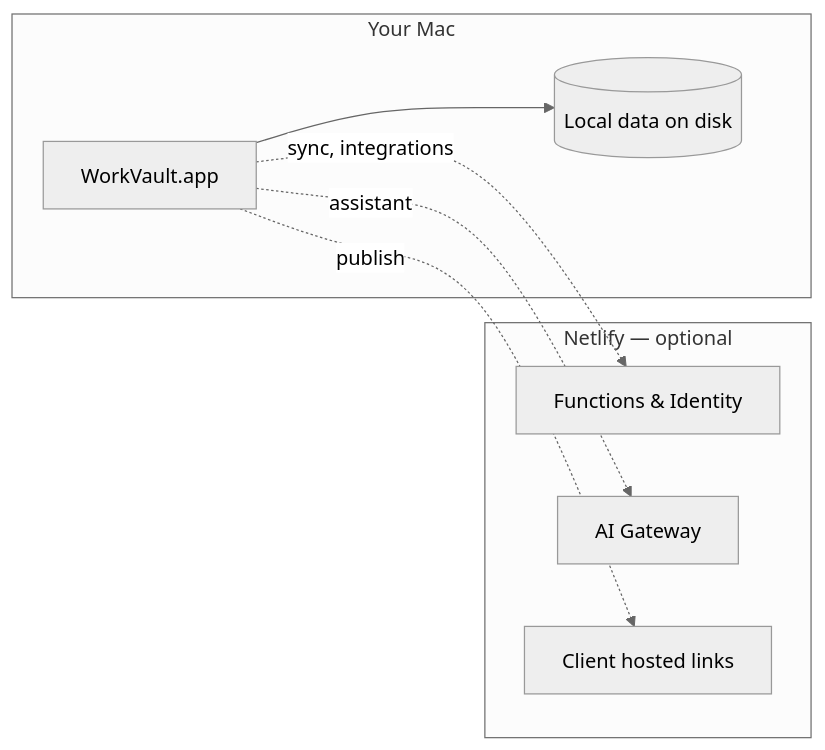
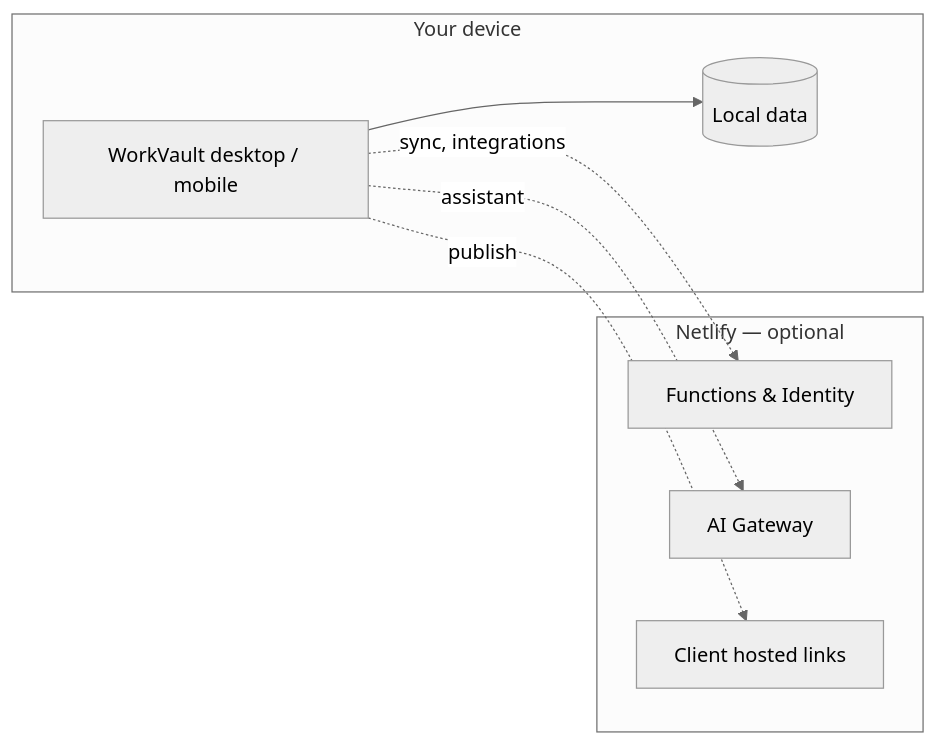
Before and after one commit to mechaniel-coder/workvault: the diagram in README.md, drawn with Mermaid (neutral theme). The commit also changed other lines of this file and 41 other files, not shown here.

````diff
--- a/README.md
+++ b/README.md
@@ -77,16 +139,16 @@
 ```mermaid
 flowchart LR
-  subgraph device [Your Mac]
-    App[WorkVault.app]
-    Disk[(Local data on disk)]
+  subgraph device [Your device]
+    App[WorkVault desktop / mobile]
+    Disk[(Local data)]
     App --> Disk
   end
   subgraph netlify [Netlify — optional]
     API[Functions & Identity]
     AI[AI Gateway]
     Links[Client hosted links]
   end
   App -.->|sync, integrations| API
   App -.->|assistant| AI
   App -.->|publish| Links
 ```
````
